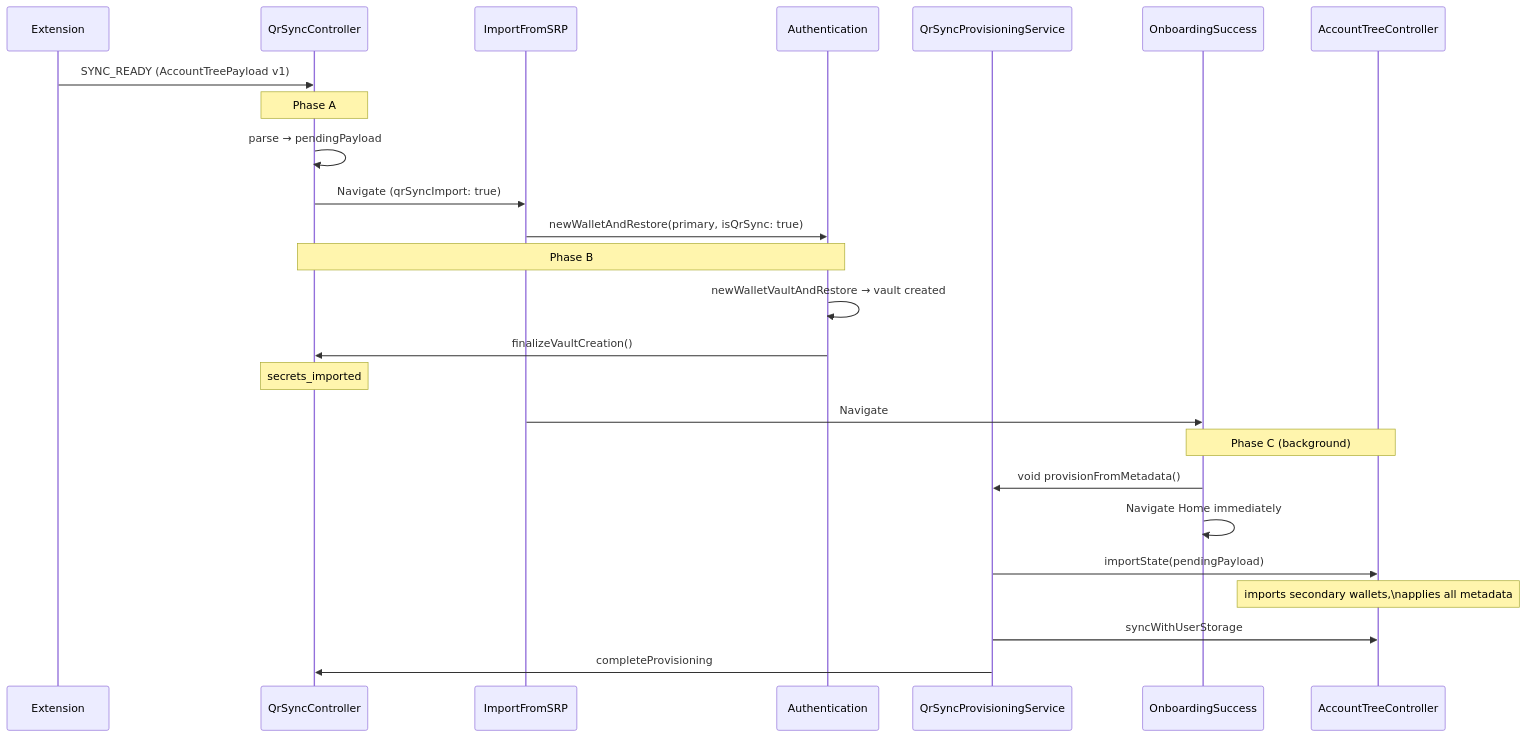
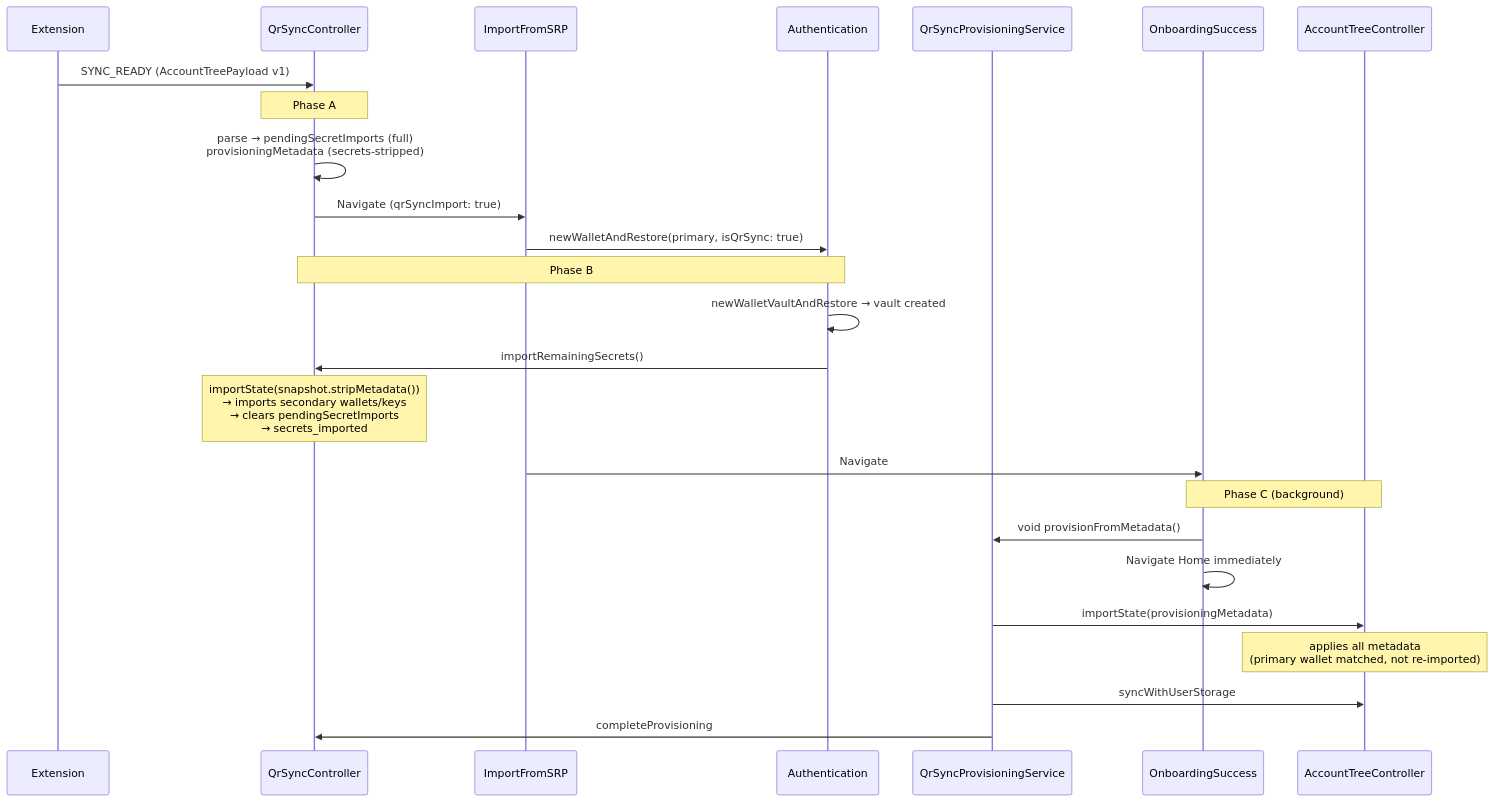
The first of 4 diagrams in docs/qr-sync/provisioning-technical.md (MetaMask/metamask-mobile), drawn with Mermaid before and after one commit. The commit also changed other lines of this file and 1 other file, not shown here.

Commit message:
docs: re-update docs with the refactored 2-steps flow

````diff
--- a/docs/qr-sync/provisioning-technical.md
+++ b/docs/qr-sync/provisioning-technical.md
@@ -107,30 +108,30 @@
 ```mermaid
 sequenceDiagram
     participant Ext as Extension
     participant QC as QrSyncController
     participant Import as ImportFromSRP
     participant Auth as Authentication
     participant Prov as QrSyncProvisioningService
     participant Success as OnboardingSuccess
     participant ATC as AccountTreeController
 
     Ext->>QC: SYNC_READY (AccountTreePayload v1)
     Note over QC: Phase A
-    QC->>QC: parse → pendingPayload
+    QC->>QC: parse → pendingSecretImports (full)<br/>provisioningMetadata (secrets-stripped)
     QC->>Import: Navigate (qrSyncImport: true)
 
     Import->>Auth: newWalletAndRestore(primary, isQrSync: true)
     Note over Auth,QC: Phase B
     Auth->>Auth: newWalletVaultAndRestore → vault created
-    Auth->>QC: finalizeVaultCreation()
-    Note over QC: secrets_imported
+    Auth->>QC: importRemainingSecrets()
+    Note over QC: importState(snapshot.stripMetadata())<br/>→ imports secondary wallets/keys<br/>→ clears pendingSecretImports<br/>→ secrets_imported
     Import->>Success: Navigate
 
     Note over Success,ATC: Phase C (background)
     Success->>Prov: void provisionFromMetadata()
     Success->>Success: Navigate Home immediately
-    Prov->>ATC: importState(pendingPayload)
-    Note over ATC: imports secondary wallets,\napplies all metadata
+    Prov->>ATC: importState(provisioningMetadata)
+    Note over ATC: applies all metadata<br/>(primary wallet matched, not re-imported)
     Prov->>ATC: syncWithUserStorage
     Prov->>QC: completeProvisioning
 ```
````
